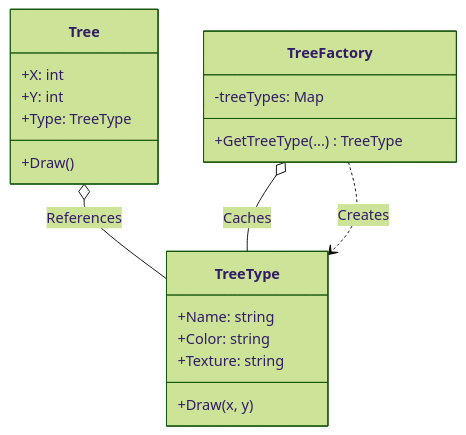
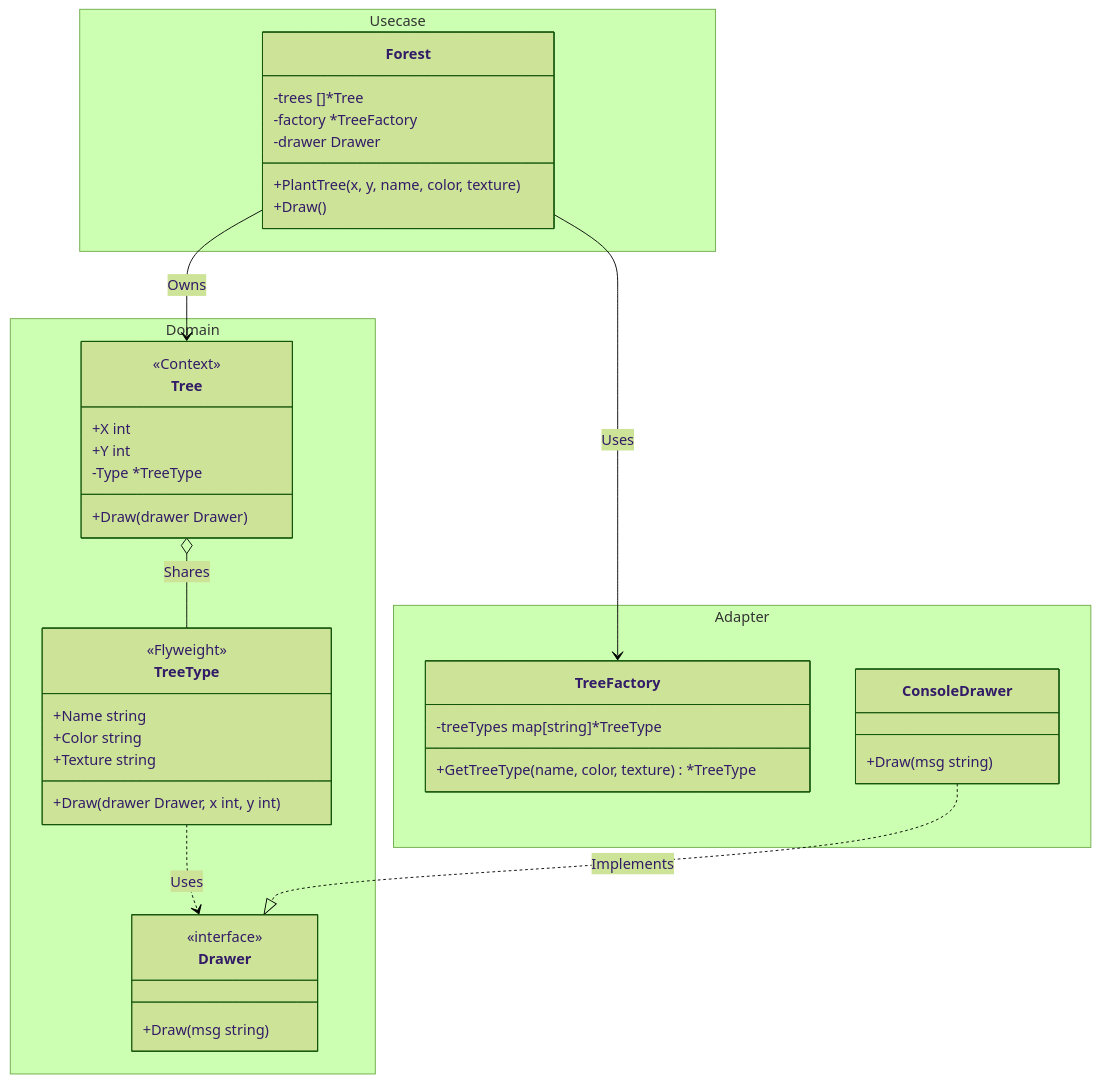
Before and after one commit to sokoide/design-patterns: the diagram in flyweight-example/README.md, drawn with Mermaid (forest theme). The commit also changed other lines of this file and 102 other files, not shown here.

````diff
--- a/flyweight-example/README.md
+++ b/flyweight-example/README.md
@@ -32,30 +28,52 @@
 ```mermaid
 classDiagram
     direction TB
 
-    %% Domain Layer
-    class TreeType {
-        +Name: string
-        +Color: string
-        +Texture: string
-        +Draw(x, y)
+    namespace Domain {
+        class TreeType {
+            <<Flyweight>>
+            +Name string
+            +Color string
+            +Texture string
+            +Draw(drawer Drawer, x int, y int)
+        }
+        class Tree {
+            <<Context>>
+            +X int
+            +Y int
+            -Type *TreeType
+            +Draw(drawer Drawer)
+        }
+        class Drawer {
+            <<interface>>
+            +Draw(msg string)
+        }
     }
 
-    class Tree {
-        +X: int
-        +Y: int
-        +Type: TreeType
-        +Draw()
+    namespace Usecase {
+        class Forest {
+            -trees []*Tree
+            -factory *TreeFactory
+            -drawer Drawer
+            +PlantTree(x, y, name, color, texture)
+            +Draw()
+        }
     }
 
-    %% Adapter Layer
-    class TreeFactory {
-        -treeTypes: Map
-        +GetTreeType(...) TreeType
+    namespace Adapter {
+        class TreeFactory {
+            -treeTypes map[string]*TreeType
+            +GetTreeType(name, color, texture) *TreeType
+        }
+        class ConsoleDrawer {
+            +Draw(msg string)
+        }
     }
 
     %% Relationships
-    Tree o-- TreeType : References
-    TreeFactory o-- TreeType : Caches
-    TreeFactory ..> TreeType : Creates
+    Forest --> TreeFactory : Uses
+    Forest --> Tree : Owns
+    Tree o-- TreeType : Shares
+    TreeType ..> Drawer : Uses
+    ConsoleDrawer ..|> Drawer : Implements
 ```
````
